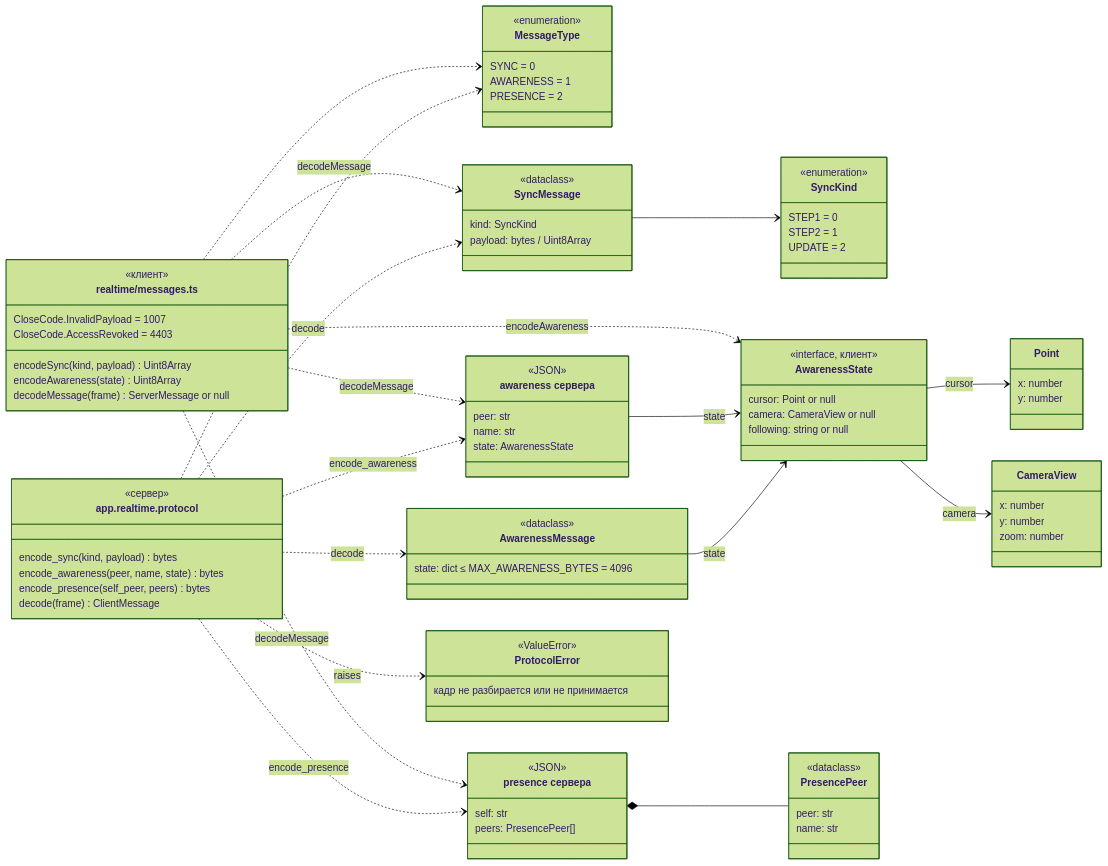
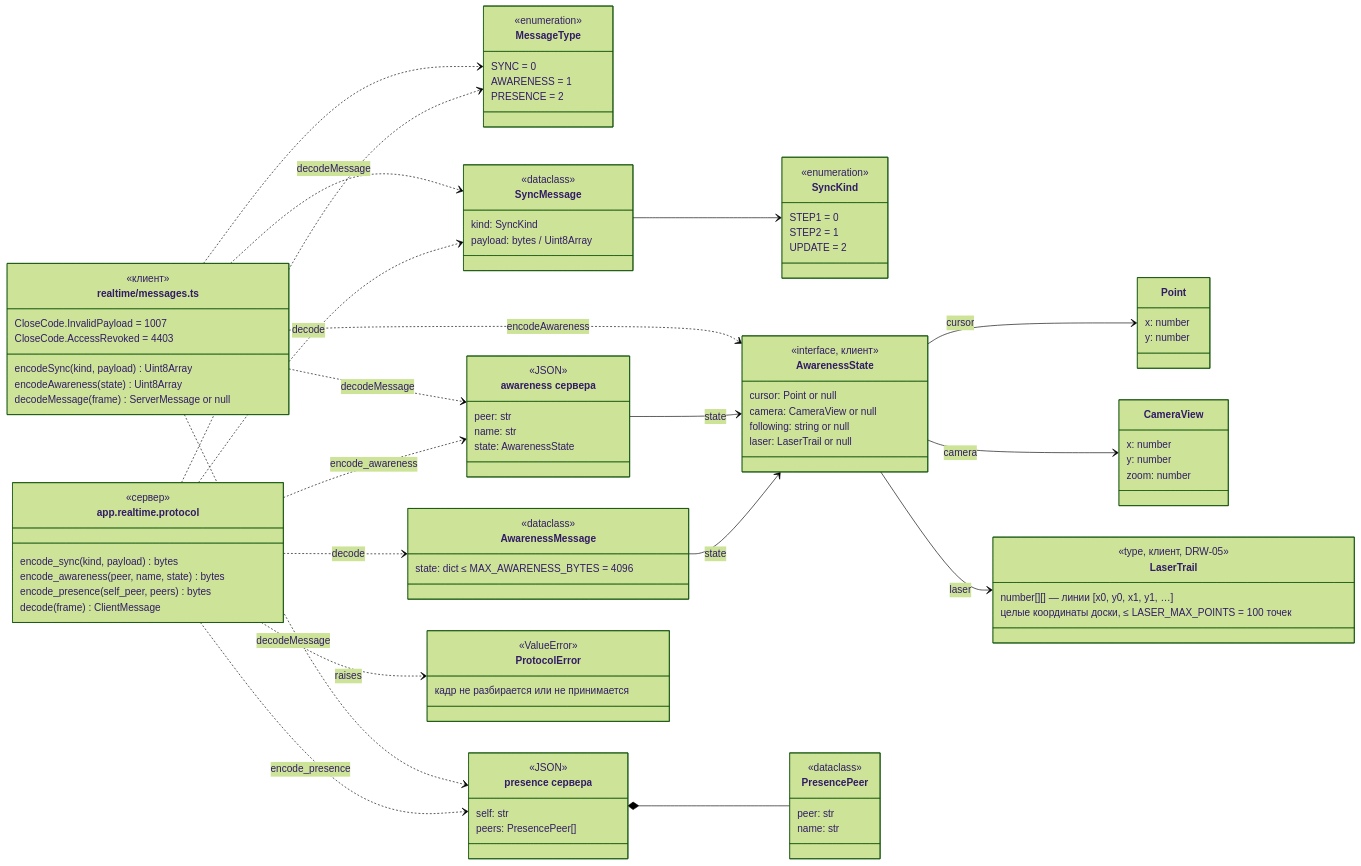
One commit to shumakove/myboard changed the first of 2 diagrams in uml/ws-protocol.md. Above: the diagram before and after it, drawn with Mermaid (forest theme). The commit also changed other lines of this file and 6 other files, not shown here.

Commit message:
T6.5: Обновить UML по принятой реализации

```diff
--- a/uml/ws-protocol.md
+++ b/uml/ws-protocol.md
@@ -33,6 +33,12 @@
     cursor: Point or null
     camera: CameraView or null
     following: string or null
+    laser: LaserTrail or null
+  }
+  class LaserTrail {
+    <<type, клиент, DRW-05>>
+    number[][] — линии [x0, y0, x1, y1, …]
+    целые координаты доски, ≤ LASER_MAX_POINTS = 100 точек
   }
   class Point {
     x: number
@@ -83,6 +89,7 @@
   ServerAwareness --> AwarenessState : state
   AwarenessState --> Point : cursor
   AwarenessState --> CameraView : camera
+  AwarenessState --> LaserTrail : laser
   Presence *-- PresencePeer
   protocol ..> MessageType
   protocol ..> SyncMessage : decode
```
